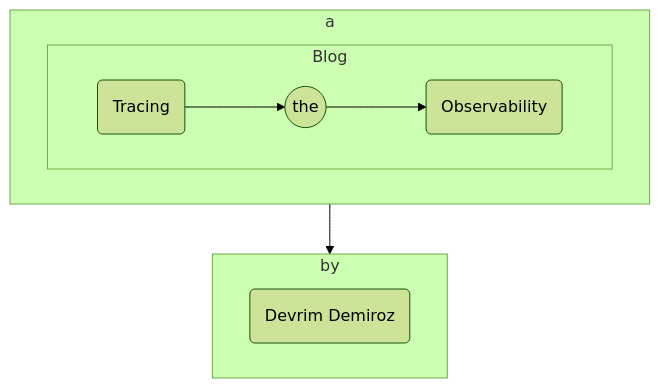
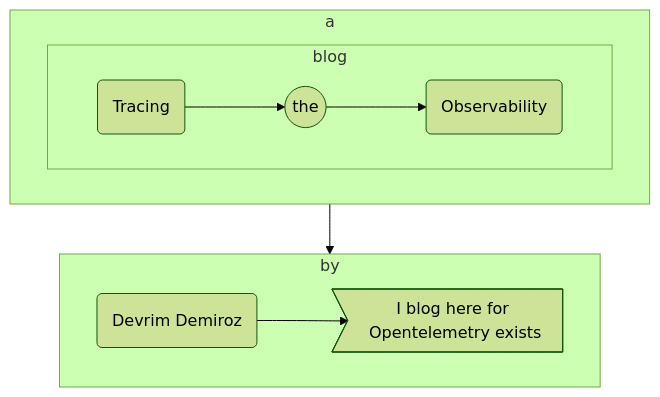
One commit to devrimdemiroz/devrimdemiroz.github.io changed the diagram in docs/README.md. Above: the diagram before and after it, drawn with Mermaid (forest theme).

````diff
--- a/docs/README.md
+++ b/docs/README.md
@@ -3,27 +3,27 @@
 ```mermaid
 flowchart TD
-subgraph by
-         direction LR
+    subgraph by
             DD(Devrim Demiroz)
+            DD-->Descartes>I blog here for Opentelemetry exists]
         end
     subgraph a
         direction LR
         
-        subgraph Blog
+        subgraph blog
          direction LR
             Tracing(Tracing)
             Tracing --> the((the))
             the --> F(Observability)
         end
         
         
     end
 
     
     
-    Blog --> by        
+    blog --> by        
     
         
 
   
 ```
````
